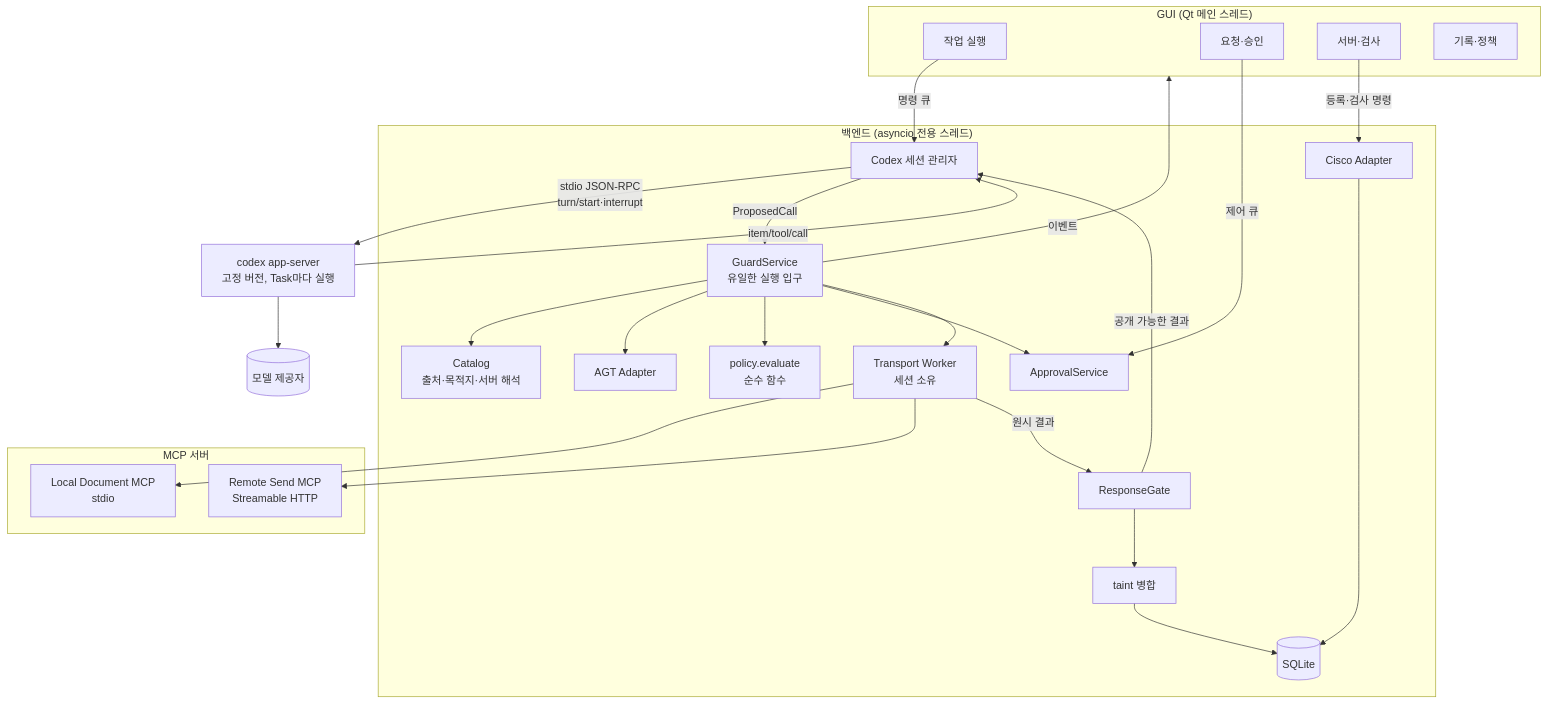
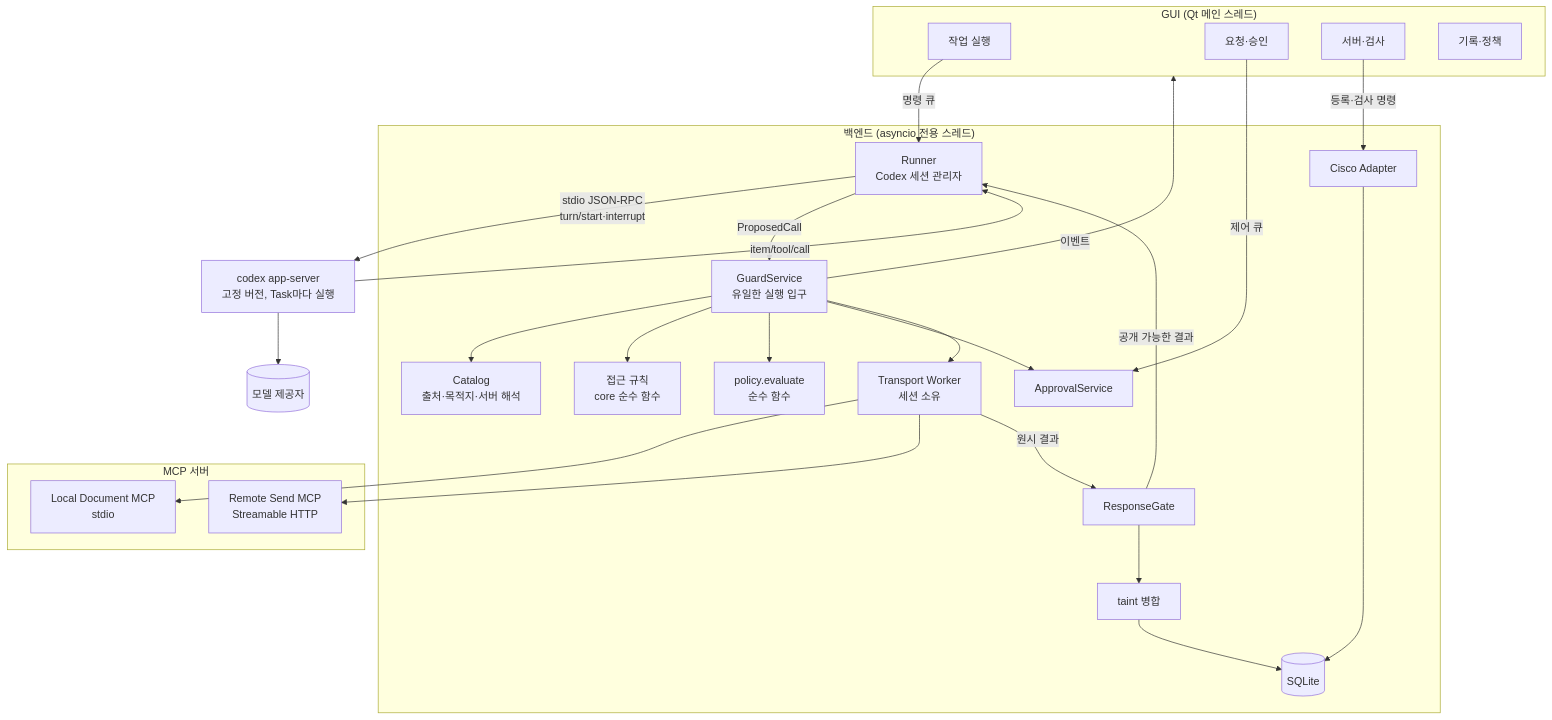
One commit to hsminu/MCP-Runtime-Guard changed the first of 5 diagrams in docs/technical-design.md. Above: the diagram before and after it, drawn with Mermaid. The commit also changed other lines of this file and 1 other file, not shown here.

````diff
--- a/docs/technical-design.md
+++ b/docs/technical-design.md
@@ -139,52 +139,52 @@
 ```mermaid
 flowchart TB
     subgraph UI["GUI (Qt 메인 스레드)"]
         RunTab[작업 실행]
         ApprTab[요청·승인]
         SrvTab[서버·검사]
         LogTab[기록·정책]
     end
 
     subgraph Core["백엔드 (asyncio 전용 스레드)"]
-        Runner[Codex 세션 관리자]
+        Runner[Runner<br/>Codex 세션 관리자]
         Guard[GuardService<br/>유일한 실행 입구]
         Catalog[Catalog<br/>출처·목적지·서버 해석]
         Policy[policy.evaluate<br/>순수 함수]
         Taint[taint 병합]
         Appr[ApprovalService]
         Gate[ResponseGate]
         Store[(SQLite)]
-        AGT[AGT Adapter]
+        Access[접근 규칙<br/>core 순수 함수]
         Scan[Cisco Adapter]
         TW[Transport Worker<br/>세션 소유]
     end
 
     subgraph MCP["MCP 서버"]
         Local[Local Document MCP<br/>stdio]
         Remote[Remote Send MCP<br/>Streamable HTTP]
     end
 
     Codex[codex app-server<br/>고정 버전, Task마다 실행]
     Model[(모델 제공자)]
 
     RunTab -- 명령 큐 --> Runner
     Runner -- stdio JSON-RPC<br/>turn/start·interrupt --> Codex
     Codex -- item/tool/call --> Runner
     Codex --> Model
     ApprTab -- 제어 큐 --> Appr
     Runner -- ProposedCall --> Guard
     Guard --> Catalog
-    Guard --> AGT
+    Guard --> Access
     Guard --> Policy
     Guard --> Appr
     Guard --> TW
     TW --> Local
     TW --> Remote
     TW -- 원시 결과 --> Gate
     Gate --> Taint
     Taint --> Store
     Gate -- 공개 가능한 결과 --> Runner
     Guard -- 이벤트 --> UI
     SrvTab -- 등록·검사 명령 --> Scan
     Scan --> Store
 ```
````
